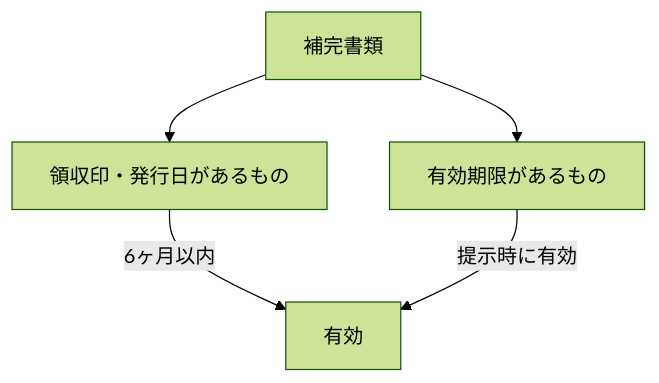
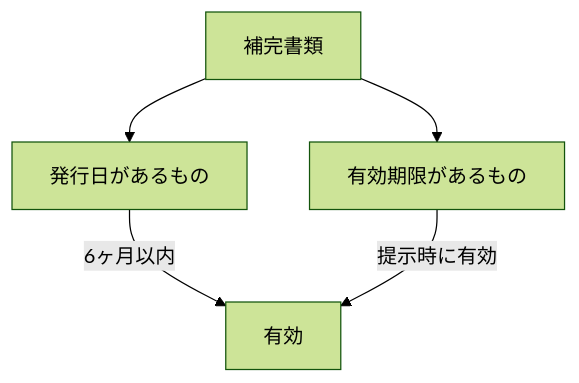
Diagram 20 of 21 in hanshuho.md (CiderH2CO3/study-hanshuho), drawn with Mermaid (forest theme) before and after one commit. The commit also changed other lines of this file and 1 other file, not shown here.

````diff
--- a/hanshuho.md
+++ b/hanshuho.md
@@ -733,7 +715,7 @@
 ```mermaid
 graph TD
-    Sub[補完書類] --> TypeA[領収印・発行日があるもの]
+    Sub[補完書類] --> TypeA[発行日があるもの]
     Sub --> TypeB[有効期限があるもの]
     TypeA -->|6ヶ月以内| OK[有効]
     TypeB -->|提示時に有効| OK
 ```
````
